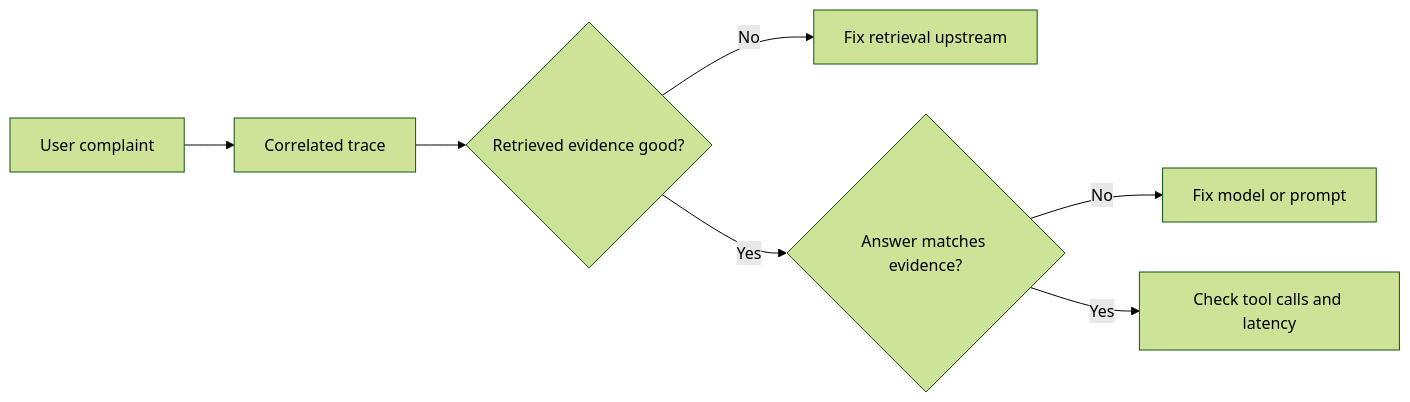
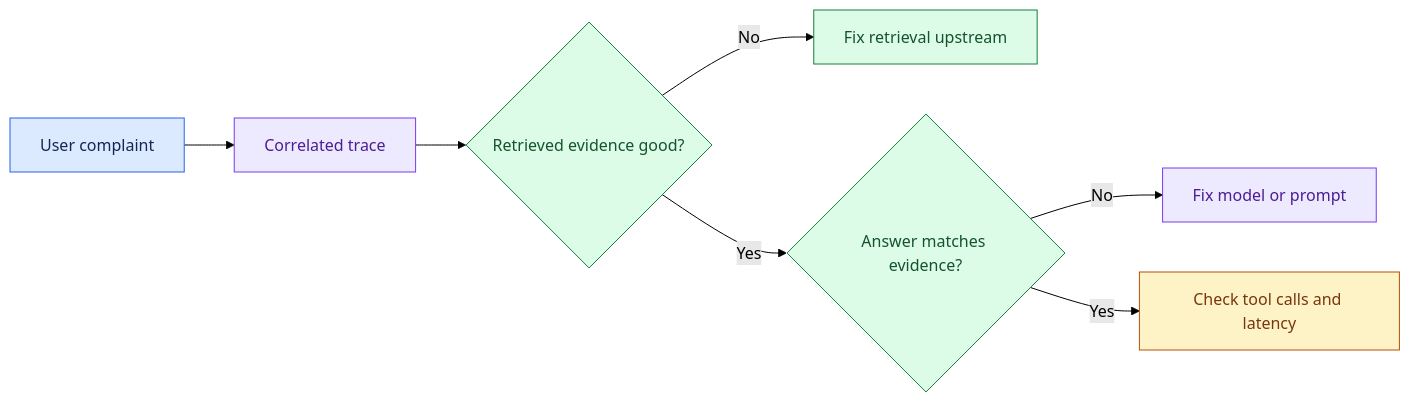
Before and after one commit to Sourav692/Forward-Deployed-Engineer-Interview-Prep: the diagram in site/case-pages/observability-and-production-diagnosis/introduction.md, drawn with Mermaid (forest theme). The commit also changed 1268 other files, not shown here.

First line of the commit message:
content: polish Casebook writing and Mermaid diagrams (#251)

````diff
--- a/site/case-pages/observability-and-production-diagnosis/introduction.md
+++ b/site/case-pages/observability-and-production-diagnosis/introduction.md
@@ -15,9 +15,19 @@
 ```mermaid
 flowchart LR
   A[User complaint] --> B[Correlated trace]
   B --> C{Retrieved evidence good?}
   C -->|No| D[Fix retrieval upstream]
   C -->|Yes| E{Answer matches evidence?}
   E -->|No| F[Fix model or prompt]
   E -->|Yes| G[Check tool calls and latency]
+
+    %% Casebook colours: entry, reasoning, results, controls, and stopped paths.
+    classDef cbInput fill:#dbeafe,stroke:#2563eb,color:#172554
+    class A cbInput
+    classDef cbReason fill:#ede9fe,stroke:#7c3aed,color:#4c1d95
+    class B,F cbReason
+    classDef cbAction fill:#dcfce7,stroke:#15803d,color:#14532d
+    class C,D,E cbAction
+    classDef cbPolicy fill:#fef3c7,stroke:#b45309,color:#78350f
+    class G cbPolicy
 ```
````
